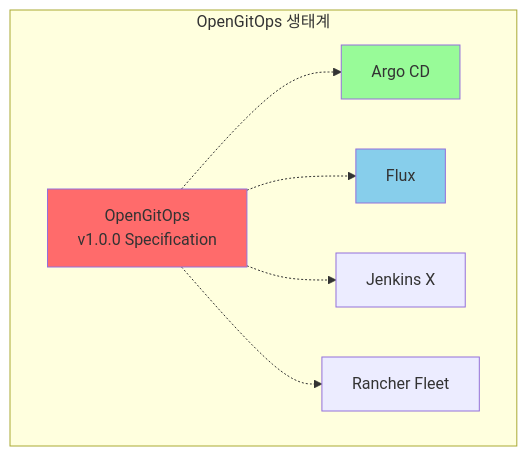
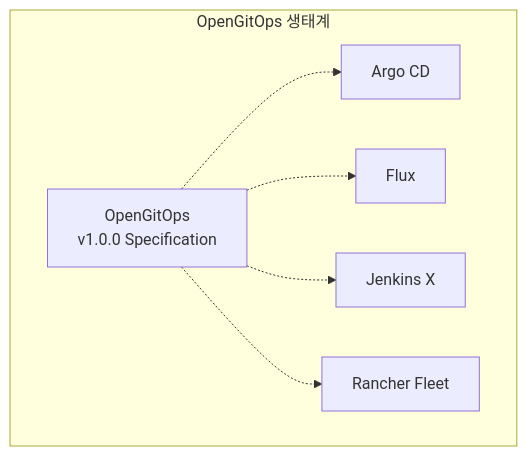
The seventh of 41 diagrams in docs/cicd/week1-image-build.md (juwon8891/juwon8891.github.io), drawn with Mermaid before and after one commit. The commit also changed other lines of this file and 18 other files, not shown here.

Commit message:
Remove bright colors from Mermaid diagrams for dark mode compatibility

````diff
--- a/docs/cicd/week1-image-build.md
+++ b/docs/cicd/week1-image-build.md
@@ -383,20 +372,17 @@
 ```mermaid
 graph TB
     subgraph "OpenGitOps 생태계"
         OPENGITOPS[OpenGitOps<br/>v1.0.0 Specification]
 
         ARGOCD[Argo CD]
         FLUX[Flux]
         JENKINS_X[Jenkins X]
         RANCHER[Rancher Fleet]
 
         OPENGITOPS -.-> ARGOCD
         OPENGITOPS -.-> FLUX
         OPENGITOPS -.-> JENKINS_X
         OPENGITOPS -.-> RANCHER
 
-        style OPENGITOPS fill:#FF6B6B
-        style ARGOCD fill:#98FB98
-        style FLUX fill:#87CEEB
     end
 ```
````
